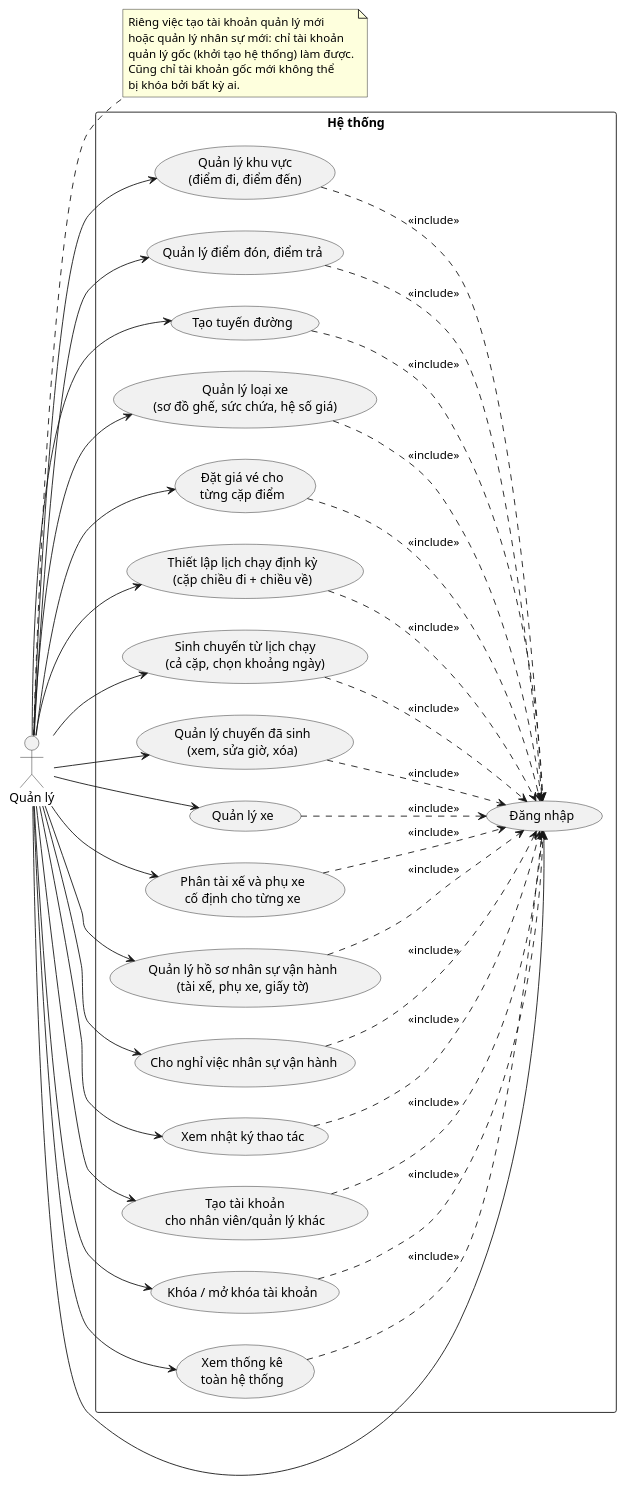
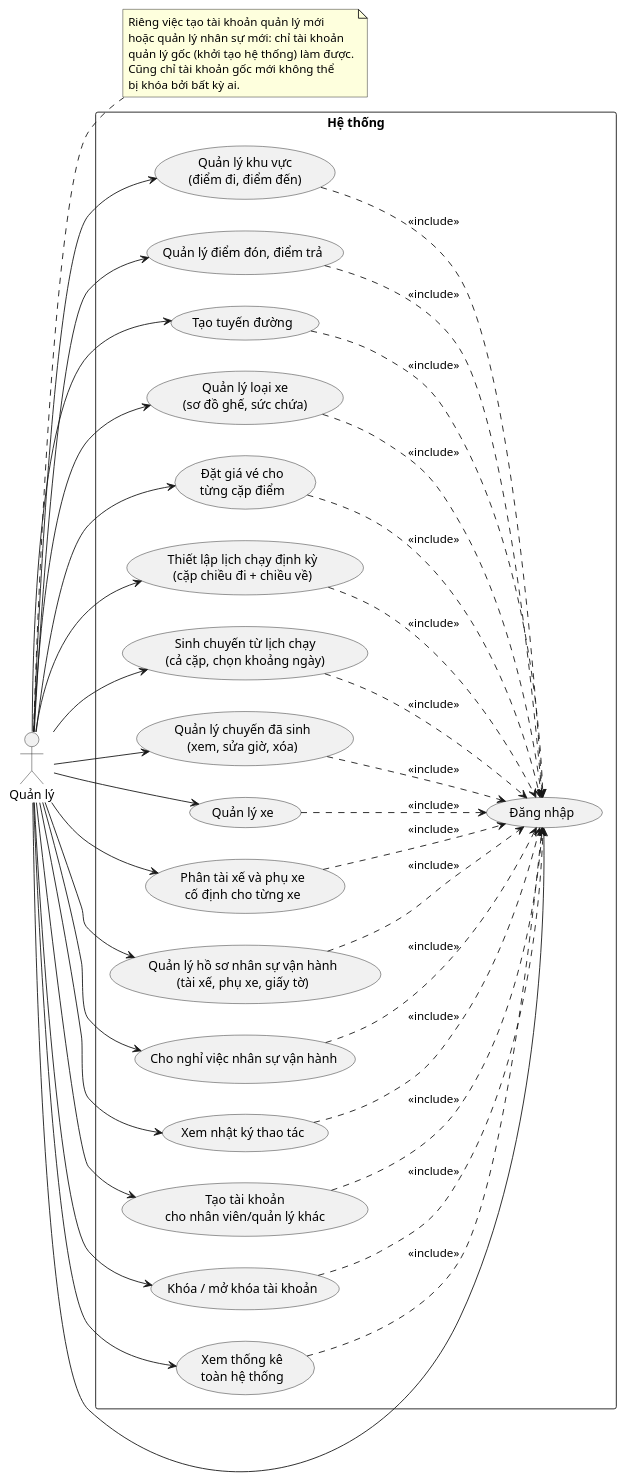
The sixth of 52 diagrams in UML_DIAGRAMS.md (nguyenvietanhit19/Project1_HeThongQuanLyNhaXeKhachLienTinh), drawn with PlantUML before and after one commit. The commit also changed other lines of this file and 33 other files, not shown here.

````diff
--- a/UML_DIAGRAMS.md
+++ b/UML_DIAGRAMS.md
@@ -193,68 +193,68 @@
 ```plantuml
 @startuml UseCase_QuanLy
 left to right direction
 actor "Quản lý" as QL
 note right of QL
   Riêng việc tạo tài khoản quản lý mới
   hoặc quản lý nhân sự mới: chỉ tài khoản
   quản lý gốc (khởi tạo hệ thống) làm được.
   Cũng chỉ tài khoản gốc mới không thể
   bị khóa bởi bất kỳ ai.
 end note
 
 rectangle "Hệ thống" {
   usecase "Đăng nhập" as UC02
   usecase "Quản lý khu vực\n(điểm đi, điểm đến)" as UC29
   usecase "Quản lý điểm đón, điểm trả" as UC30
   usecase "Tạo tuyến đường" as UC31
-  usecase "Quản lý loại xe\n(sơ đồ ghế, sức chứa, hệ số giá)" as UC32
+  usecase "Quản lý loại xe\n(sơ đồ ghế, sức chứa)" as UC32
   usecase "Đặt giá vé cho\ntừng cặp điểm" as UC33
   usecase "Thiết lập lịch chạy định kỳ\n(cặp chiều đi + chiều về)" as UC18
   usecase "Sinh chuyến từ lịch chạy\n(cả cặp, chọn khoảng ngày)" as UC47
   usecase "Quản lý chuyến đã sinh\n(xem, sửa giờ, xóa)" as UC48
   usecase "Quản lý xe" as UC34
   usecase "Phân tài xế và phụ xe\ncố định cho từng xe" as UC35
   usecase "Quản lý hồ sơ nhân sự vận hành\n(tài xế, phụ xe, giấy tờ)" as UC49
   usecase "Cho nghỉ việc nhân sự vận hành" as UC51
   usecase "Xem nhật ký thao tác" as UC52
   usecase "Tạo tài khoản\ncho nhân viên/quản lý khác" as UC36
   usecase "Khóa / mở khóa tài khoản" as UC37
   usecase "Xem thống kê\ntoàn hệ thống" as UC39
 }
 
 QL --> UC02
 QL --> UC29
 QL --> UC30
 QL --> UC31
 QL --> UC32
 QL --> UC33
 QL --> UC18
 QL --> UC47
 QL --> UC48
 QL --> UC34
 QL --> UC35
 QL --> UC49
 QL --> UC51
 QL --> UC52
 QL --> UC36
 QL --> UC37
 QL --> UC39
 
 UC29 ..> UC02 : <<include>>
 UC30 ..> UC02 : <<include>>
 UC31 ..> UC02 : <<include>>
 UC32 ..> UC02 : <<include>>
 UC33 ..> UC02 : <<include>>
 UC18 ..> UC02 : <<include>>
 UC47 ..> UC02 : <<include>>
 UC48 ..> UC02 : <<include>>
 UC34 ..> UC02 : <<include>>
 UC35 ..> UC02 : <<include>>
 UC49 ..> UC02 : <<include>>
 UC51 ..> UC02 : <<include>>
 UC52 ..> UC02 : <<include>>
 UC36 ..> UC02 : <<include>>
 UC37 ..> UC02 : <<include>>
 UC39 ..> UC02 : <<include>>
 @enduml
 ```
````
